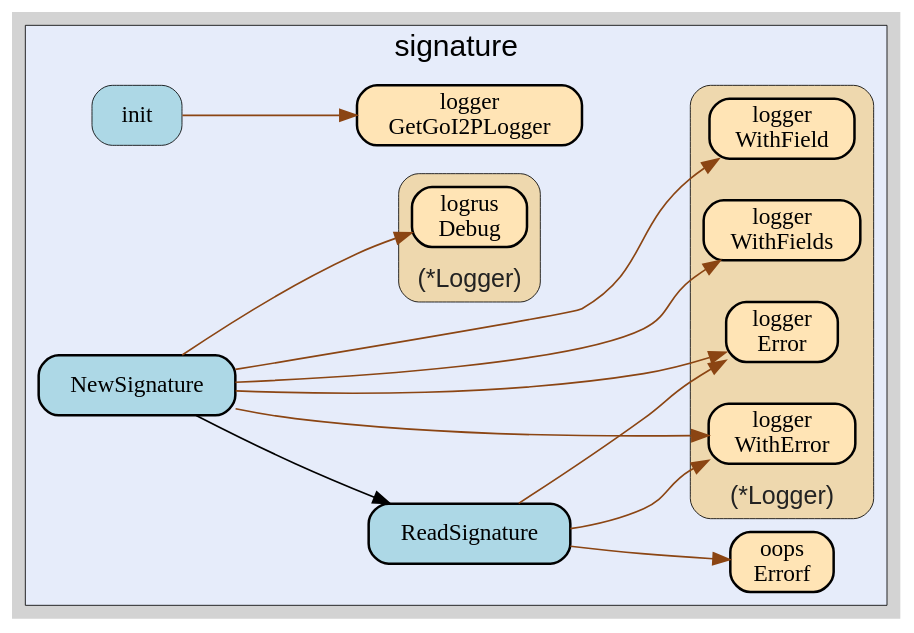
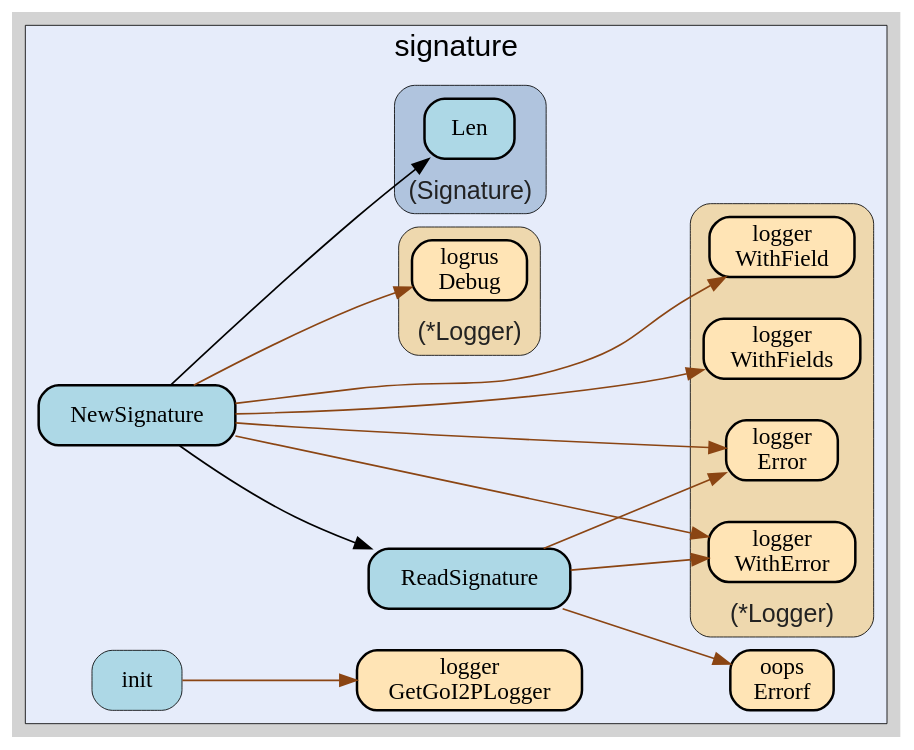
The diagram in signature/signature.gv (go-i2p/common), drawn with Graphviz before and after one commit. The commit also changed 46 other files, not shown here.

```diff
--- a/signature/signature.gv
+++ b/signature/signature.gv
@@ -1,72 +1,87 @@
 digraph gocallvis {
     label="";
     labeljust="l";
     fontname="Arial";
     fontsize="14";
     rankdir="LR";
     bgcolor="lightgray";
     style="solid";
     penwidth="0.5";
     pad="0.0";
     nodesep="0.35";
 
     node [shape="box" style="filled,rounded" fillcolor="honeydew" fontname="Verdana" penwidth="1.0" margin="0.16,0.0"];
     edge [minlen="2"]
 
     subgraph "cluster_focus" {
-        label="signature";
+        bgcolor="#e6ecfa";
+label="signature";
 labelloc="t";
 labeljust="c";
 fontsize="18";
-bgcolor="#e6ecfa";
         
-        "github.com/go-i2p/common/signature.init" [ fillcolor="lightblue" label="init" penwidth="0.5" tooltip="github.com/go-i2p/common/signature.init | defined in .:0\nat signature.go:8: calling [github.com/go-i2p/logger.GetGoI2PLogger]" ]
+        "github.com/go-i2p/common/signature.NewSignature" [ fillcolor="lightblue" label="NewSignature" penwidth="1.5" tooltip="github.com/go-i2p/common/signature.NewSignature | defined in signature_struct.go:39\nat signature_struct.go:40: calling [(*github.com/go-i2p/logger.Logger).WithField]\nat signature_struct.go:40: calling [(*github.com/sirupsen/logrus.Logger).Debug]\nat signature_struct.go:53: calling [(*github.com/sirupsen/logrus.Logger).Debug]\nat signature_struct.go:51: calling [(github.com/go-i2p/common/signature.Signature).Len]\nat signature_struct.go:44: calling [github.com/go-i2p/common/signature.ReadSignature]\nat signature_struct.go:46: calling [(*github.com/go-i2p/logger.Logger).WithError]\nat signature_struct.go:46: calling [(*github.com/go-i2p/logger.Logger).Error]\nat signature_struct.go:50: calling [(*github.com/go-i2p/logger.Logger).WithFields]" ]
+        "github.com/go-i2p/common/signature.ReadSignature" [ fillcolor="lightblue" label="ReadSignature" penwidth="1.5" tooltip="github.com/go-i2p/common/signature.ReadSignature | defined in utils.go:18\nat utils.go:52: calling [(*github.com/go-i2p/logger.Logger).WithError]\nat utils.go:52: calling [(*github.com/go-i2p/logger.Logger).Error]\nat utils.go:44: calling [github.com/samber/oops.Errorf]\nat utils.go:51: calling [github.com/samber/oops.Errorf]" ]
+        "github.com/samber/oops.Errorf" [ fillcolor="moccasin" label="oops\nErrorf" penwidth="1.5" tooltip="github.com/samber/oops.Errorf | defined in oops.go:34" ]
+        "github.com/go-i2p/common/signature.init" [ penwidth="0.5" tooltip="github.com/go-i2p/common/signature.init | defined in .:0\nat signature.go:8: calling [github.com/go-i2p/logger.GetGoI2PLogger]" fillcolor="lightblue" label="init" ]
         "github.com/go-i2p/logger.GetGoI2PLogger" [ fillcolor="moccasin" label="logger\nGetGoI2PLogger" penwidth="1.5" tooltip="github.com/go-i2p/logger.GetGoI2PLogger | defined in log.go:120" ]
-        "github.com/go-i2p/common/signature.NewSignature" [ tooltip="github.com/go-i2p/common/signature.NewSignature | defined in signature_struct.go:27\nat signature_struct.go:31: calling [(*github.com/go-i2p/logger.Logger).Error]\nat signature_struct.go:28: calling [(*github.com/go-i2p/logger.Logger).WithField]\nat signature_struct.go:29: calling [github.com/go-i2p/common/signature.ReadSignature]\nat signature_struct.go:31: calling [(*github.com/go-i2p/logger.Logger).WithError]\nat signature_struct.go:35: calling [(*github.com/go-i2p/logger.Logger).WithFields]\nat signature_struct.go:28: calling [(*github.com/sirupsen/logrus.Logger).Debug]\nat signature_struct.go:38: calling [(*github.com/sirupsen/logrus.Logger).Debug]" fillcolor="lightblue" label="NewSignature" penwidth="1.5" ]
-        "github.com/go-i2p/common/signature.ReadSignature" [ fillcolor="lightblue" label="ReadSignature" penwidth="1.5" tooltip="github.com/go-i2p/common/signature.ReadSignature | defined in utils.go:18\nat utils.go:48: calling [(*github.com/go-i2p/logger.Logger).Error]\nat utils.go:42: calling [github.com/samber/oops.Errorf]\nat utils.go:47: calling [github.com/samber/oops.Errorf]\nat utils.go:48: calling [(*github.com/go-i2p/logger.Logger).WithError]" ]
-        "github.com/samber/oops.Errorf" [ label="oops\nErrorf" penwidth="1.5" tooltip="github.com/samber/oops.Errorf | defined in oops.go:34" fillcolor="moccasin" ]
         
         subgraph "cluster_*github.com/go-i2p/logger.Logger" {
-        tooltip="type: *github.com/go-i2p/logger.Logger";
-penwidth="0.5";
-fontsize="15";
+        fontsize="15";
 fontcolor="#222222";
 labelloc="b";
 style="rounded,filled";
 fillcolor="wheat2";
 label="(*Logger)";
+tooltip="type: *github.com/go-i2p/logger.Logger";
+penwidth="0.5";
         
-        "(*github.com/go-i2p/logger.Logger).WithField" [ penwidth="1.5" tooltip="(*github.com/go-i2p/logger.Logger).WithField | defined in log.go:54" fillcolor="moccasin" label="logger\nWithField" ]
+        "(*github.com/go-i2p/logger.Logger).WithField" [ fillcolor="moccasin" label="logger\nWithField" penwidth="1.5" tooltip="(*github.com/go-i2p/logger.Logger).WithField | defined in log.go:54" ]
         "(*github.com/go-i2p/logger.Logger).WithError" [ fillcolor="moccasin" label="logger\nWithError" penwidth="1.5" tooltip="(*github.com/go-i2p/logger.Logger).WithError | defined in log.go:66" ]
         "(*github.com/go-i2p/logger.Logger).Error" [ fillcolor="moccasin" label="logger\nError" penwidth="1.5" tooltip="(*github.com/go-i2p/logger.Logger).Error | defined in log.go:42" ]
         "(*github.com/go-i2p/logger.Logger).WithFields" [ fillcolor="moccasin" label="logger\nWithFields" penwidth="1.5" tooltip="(*github.com/go-i2p/logger.Logger).WithFields | defined in log.go:60" ]
         
     }
 
         subgraph "cluster_*github.com/sirupsen/logrus.Logger" {
-        fontcolor="#222222";
-labelloc="b";
-style="rounded,filled";
+        style="rounded,filled";
 fillcolor="wheat2";
 label="(*Logger)";
 tooltip="type: *github.com/sirupsen/logrus.Logger";
 penwidth="0.5";
 fontsize="15";
+fontcolor="#222222";
+labelloc="b";
         
-        "(*github.com/sirupsen/logrus.Logger).Debug" [ fillcolor="moccasin" label="logrus\nDebug" penwidth="1.5" tooltip="(*github.com/sirupsen/logrus.Logger).Debug | defined in logger.go:221" ]
+        "(*github.com/sirupsen/logrus.Logger).Debug" [ penwidth="1.5" tooltip="(*github.com/sirupsen/logrus.Logger).Debug | defined in logger.go:221" fillcolor="moccasin" label="logrus\nDebug" ]
+        
+    }
+
+        subgraph "cluster_github.com/go-i2p/common/signature.Signature" {
+        fontsize="15";
+fontcolor="#222222";
+labelloc="b";
+style="rounded,filled";
+fillcolor="lightsteelblue";
+label="(Signature)";
+tooltip="type: github.com/go-i2p/common/signature.Signature";
+penwidth="0.5";
+        
+        "(github.com/go-i2p/common/signature.Signature).Len" [ penwidth="1.5" tooltip="(github.com/go-i2p/common/signature.Signature).Len | defined in signature_struct.go:89" fillcolor="lightblue" label="Len" ]
         
     }
 
     }
 
-    "github.com/go-i2p/common/signature.ReadSignature" -> "(*github.com/go-i2p/logger.Logger).Error" [ color="saddlebrown" tooltip="at utils.go:48: calling [(*github.com/go-i2p/logger.Logger).Error]" ]
-    "github.com/go-i2p/common/signature.NewSignature" -> "(*github.com/go-i2p/logger.Logger).Error" [ color="saddlebrown" tooltip="at signature_struct.go:31: calling [(*github.com/go-i2p/logger.Logger).Error]" ]
+    "github.com/go-i2p/common/signature.NewSignature" -> "(*github.com/go-i2p/logger.Logger).WithField" [ color="saddlebrown" tooltip="at signature_struct.go:40: calling [(*github.com/go-i2p/logger.Logger).WithField]" ]
+    "github.com/go-i2p/common/signature.NewSignature" -> "(*github.com/sirupsen/logrus.Logger).Debug" [ color="saddlebrown" tooltip="at signature_struct.go:40: calling [(*github.com/sirupsen/logrus.Logger).Debug]\nat signature_struct.go:53: calling [(*github.com/sirupsen/logrus.Logger).Debug]" ]
+    "github.com/go-i2p/common/signature.ReadSignature" -> "(*github.com/go-i2p/logger.Logger).WithError" [ color="saddlebrown" tooltip="at utils.go:52: calling [(*github.com/go-i2p/logger.Logger).WithError]" ]
+    "github.com/go-i2p/common/signature.ReadSignature" -> "(*github.com/go-i2p/logger.Logger).Error" [ color="saddlebrown" tooltip="at utils.go:52: calling [(*github.com/go-i2p/logger.Logger).Error]" ]
+    "github.com/go-i2p/common/signature.NewSignature" -> "(github.com/go-i2p/common/signature.Signature).Len" [ tooltip="at signature_struct.go:51: calling [(github.com/go-i2p/common/signature.Signature).Len]" ]
+    "github.com/go-i2p/common/signature.ReadSignature" -> "github.com/samber/oops.Errorf" [ color="saddlebrown" tooltip="at utils.go:44: calling [github.com/samber/oops.Errorf]\nat utils.go:51: calling [github.com/samber/oops.Errorf]" ]
+    "github.com/go-i2p/common/signature.NewSignature" -> "github.com/go-i2p/common/signature.ReadSignature" [ tooltip="at signature_struct.go:44: calling [github.com/go-i2p/common/signature.ReadSignature]" ]
+    "github.com/go-i2p/common/signature.NewSignature" -> "(*github.com/go-i2p/logger.Logger).WithError" [ color="saddlebrown" tooltip="at signature_struct.go:46: calling [(*github.com/go-i2p/logger.Logger).WithError]" ]
+    "github.com/go-i2p/common/signature.NewSignature" -> "(*github.com/go-i2p/logger.Logger).Error" [ color="saddlebrown" tooltip="at signature_struct.go:46: calling [(*github.com/go-i2p/logger.Logger).Error]" ]
+    "github.com/go-i2p/common/signature.NewSignature" -> "(*github.com/go-i2p/logger.Logger).WithFields" [ color="saddlebrown" tooltip="at signature_struct.go:50: calling [(*github.com/go-i2p/logger.Logger).WithFields]" ]
     "github.com/go-i2p/common/signature.init" -> "github.com/go-i2p/logger.GetGoI2PLogger" [ color="saddlebrown" tooltip="at signature.go:8: calling [github.com/go-i2p/logger.GetGoI2PLogger]" ]
-    "github.com/go-i2p/common/signature.NewSignature" -> "(*github.com/go-i2p/logger.Logger).WithField" [ color="saddlebrown" tooltip="at signature_struct.go:28: calling [(*github.com/go-i2p/logger.Logger).WithField]" ]
-    "github.com/go-i2p/common/signature.NewSignature" -> "github.com/go-i2p/common/signature.ReadSignature" [ tooltip="at signature_struct.go:29: calling [github.com/go-i2p/common/signature.ReadSignature]" ]
-    "github.com/go-i2p/common/signature.NewSignature" -> "(*github.com/go-i2p/logger.Logger).WithError" [ color="saddlebrown" tooltip="at signature_struct.go:31: calling [(*github.com/go-i2p/logger.Logger).WithError]" ]
-    "github.com/go-i2p/common/signature.NewSignature" -> "(*github.com/go-i2p/logger.Logger).WithFields" [ color="saddlebrown" tooltip="at signature_struct.go:35: calling [(*github.com/go-i2p/logger.Logger).WithFields]" ]
-    "github.com/go-i2p/common/signature.NewSignature" -> "(*github.com/sirupsen/logrus.Logger).Debug" [ color="saddlebrown" tooltip="at signature_struct.go:28: calling [(*github.com/sirupsen/logrus.Logger).Debug]\nat signature_struct.go:38: calling [(*github.com/sirupsen/logrus.Logger).Debug]" ]
-    "github.com/go-i2p/common/signature.ReadSignature" -> "github.com/samber/oops.Errorf" [ color="saddlebrown" tooltip="at utils.go:42: calling [github.com/samber/oops.Errorf]\nat utils.go:47: calling [github.com/samber/oops.Errorf]" ]
-    "github.com/go-i2p/common/signature.ReadSignature" -> "(*github.com/go-i2p/logger.Logger).WithError" [ color="saddlebrown" tooltip="at utils.go:48: calling [(*github.com/go-i2p/logger.Logger).WithError]" ]
 }
```
